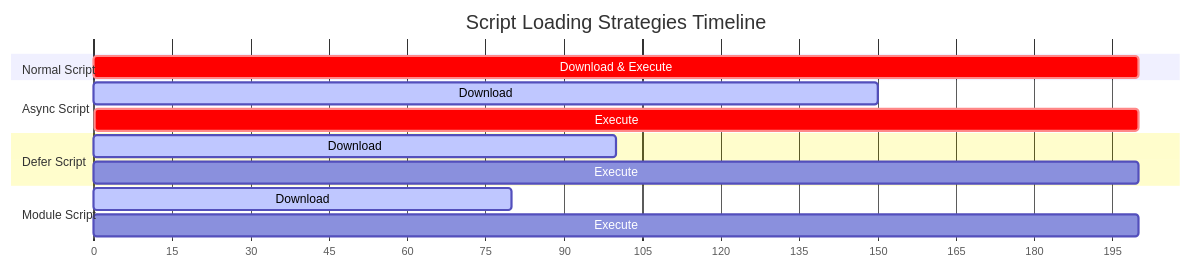
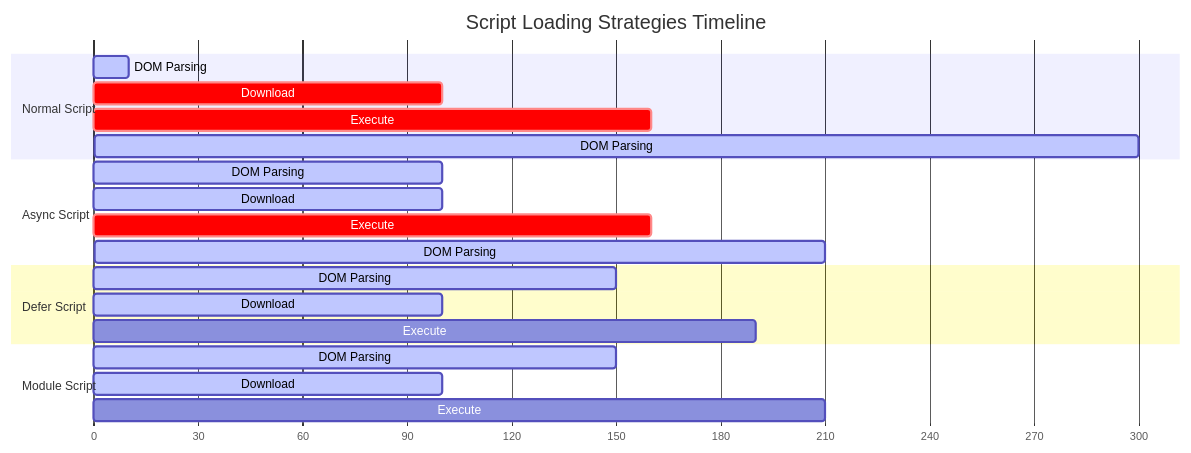
One commit to sujeet-pro/legacy-personal-site changed the first of 3 diagrams in v4/content/posts/web-development/performance/2025-07-19-js-optimization.md. Above: the diagram before and after it, drawn with Mermaid. The commit also changed other lines of this file and 18 other files, not shown here.

````diff
--- a/v4/content/posts/web-development/performance/2025-07-19-js-optimization.md
+++ b/v4/content/posts/web-development/performance/2025-07-19-js-optimization.md
@@ -93,21 +93,28 @@
 ```mermaid
 gantt
     title Script Loading Strategies Timeline
     dateFormat X
     axisFormat %s
 
     section Normal Script
-    Download & Execute    :crit, normal, 0, 200
+    DOM Parsing           :active, normal, 0, 10
+    Download              :crit, normal, 10, 100
+    Execute               :crit, normal, 100, 160
+    DOM Parsing           :active, normal, 160, 300
 
     section Async Script
-    Download              :active, async, 0, 150
-    Execute               :crit, async, 150, 200
+    DOM Parsing           :active, normal, 0, 100
+    Download              :active, normal, 10, 100
+    Execute               :crit, async, 100, 160
+    DOM Parsing           :active, normal, 160, 210
 
     section Defer Script
-    Download              :active, defer, 0, 100
-    Execute               :defer, 100, 200
+    DOM Parsing           :active, normal, 0, 150
+    Download              :active, normal, 10, 100
+    Execute               :exec, 150, 190
 
     section Module Script
-    Download              :active, module, 0, 80
-    Execute               :module, 80, 200
+    DOM Parsing           :active, normal, 0, 150
+    Download              :active, normal, 10, 100
+    Execute               :module, 150, 210
 ```
````
